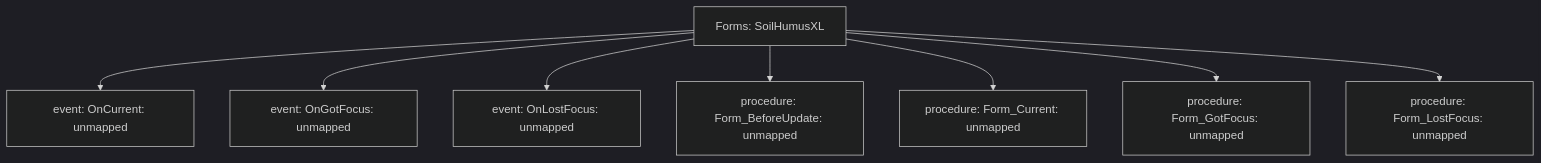
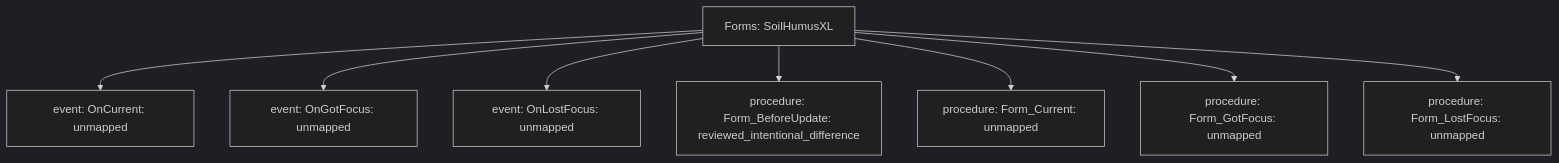
Before and after one commit to Boostao/vpro: the diagram in data-raw/parity/generated/trees/forms-soilhumusxl.mmd, drawn with Mermaid (dark theme). The commit also changed 47 other files, not shown here.

```diff
--- a/data-raw/parity/generated/trees/forms-soilhumusxl.mmd
+++ b/data-raw/parity/generated/trees/forms-soilhumusxl.mmd
@@ -1,9 +1,9 @@
 flowchart TD
   root[Forms: SoilHumusXL]
   root --> n1[event: OnCurrent: unmapped]
   root --> n2[event: OnGotFocus: unmapped]
   root --> n3[event: OnLostFocus: unmapped]
-  root --> n4[procedure: Form_BeforeUpdate: unmapped]
+  root --> n4[procedure: Form_BeforeUpdate: reviewed_intentional_difference]
   root --> n5[procedure: Form_Current: unmapped]
   root --> n6[procedure: Form_GotFocus: unmapped]
   root --> n7[procedure: Form_LostFocus: unmapped]
```
